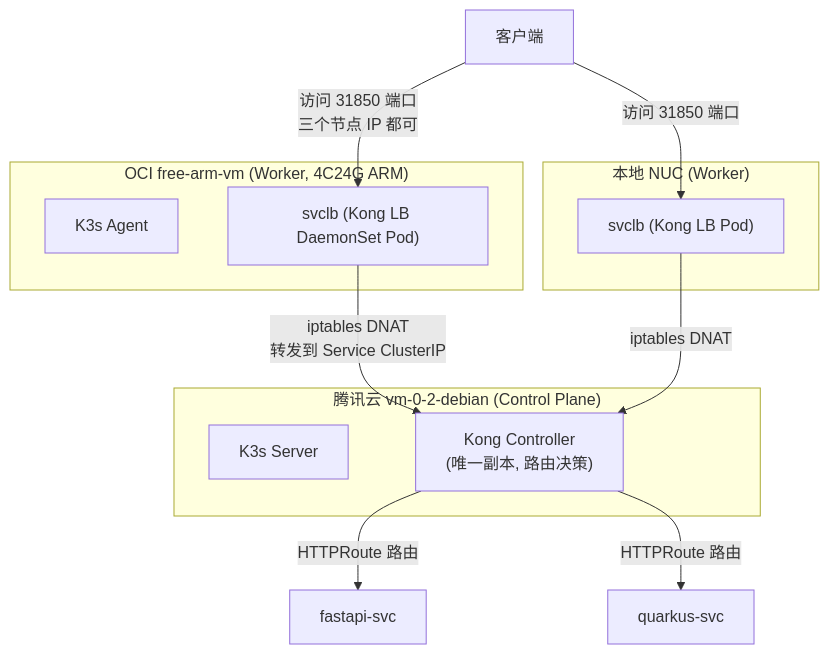
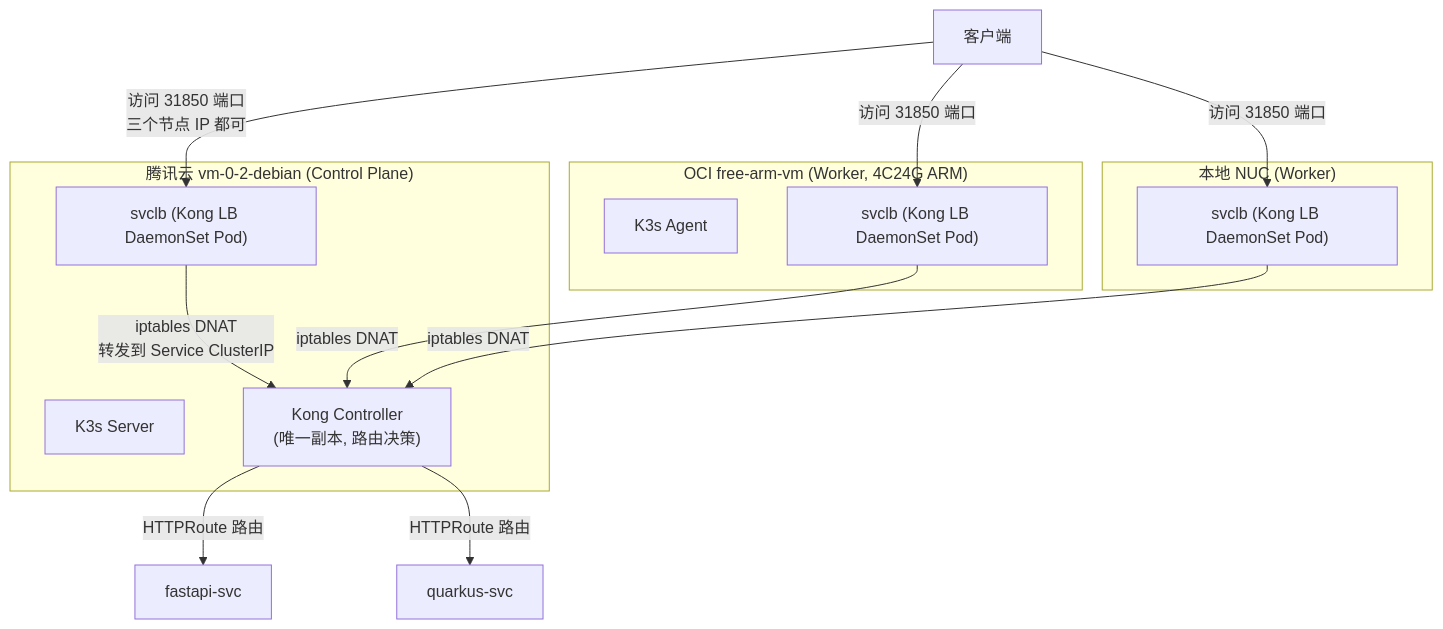
Before and after one commit to nvd11/my-blogs: the diagram in oci-k3s-node-kong-lb-flannel-tailscale.md, drawn with Mermaid. The commit also changed other lines of this file, not shown here.

Commit message:
docs: fix architecture diagram - svclb DaemonSet runs on all 3 nodes including control-plane

````diff
--- a/oci-k3s-node-kong-lb-flannel-tailscale.md
+++ b/oci-k3s-node-kong-lb-flannel-tailscale.md
@@ -9,23 +9,26 @@
 ```mermaid
 flowchart TB
     subgraph Tencent["腾讯云 vm-0-2-debian (Control Plane)"]
         K3sMaster["K3s Server"]
+        SvclbTencent["svclb (Kong LB DaemonSet Pod)"]
         KongController["Kong Controller<br/>(唯一副本, 路由决策)"]
     end
 
     subgraph OCI["OCI free-arm-vm (Worker, 4C24G ARM)"]
         K3sAgent["K3s Agent"]
         SvclbArm["svclb (Kong LB DaemonSet Pod)"]
     end
 
     subgraph NUC["本地 NUC (Worker)"]
-        SvclbNuc["svclb (Kong LB Pod)"]
+        SvclbNuc["svclb (Kong LB DaemonSet Pod)"]
     end
 
-    Client["客户端"] -->|"访问 31850 端口<br/>三个节点 IP 都可"| SvclbArm
+    Client["客户端"] -->|"访问 31850 端口<br/>三个节点 IP 都可"| SvclbTencent
+    Client -->|"访问 31850 端口"| SvclbArm
     Client -->|"访问 31850 端口"| SvclbNuc
-    SvclbArm -->|"iptables DNAT<br/>转发到 Service ClusterIP"| KongController
+    SvclbTencent -->|"iptables DNAT<br/>转发到 Service ClusterIP"| KongController
+    SvclbArm -->|"iptables DNAT"| KongController
     SvclbNuc -->|"iptables DNAT"| KongController
     KongController -->|"HTTPRoute 路由"| Fastapi["fastapi-svc"]
     KongController -->|"HTTPRoute 路由"| Quarkus["quarkus-svc"]
 ```
````
